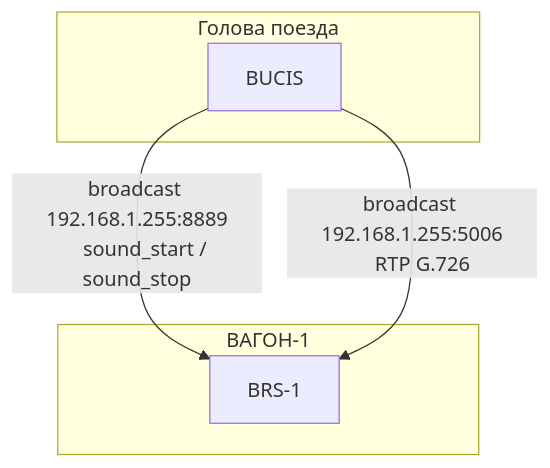
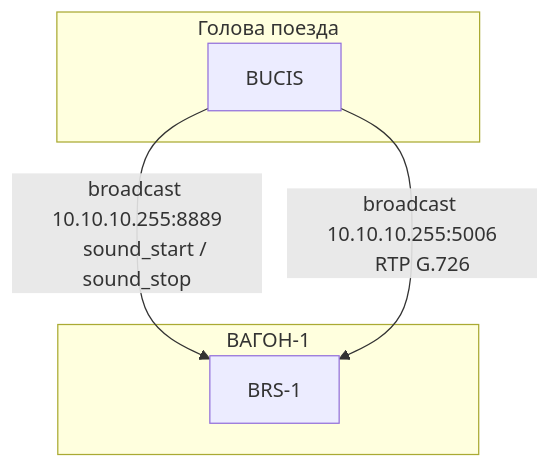
One commit to n-korel/bucis_audio changed the first of 2 diagrams in README.md. Above: the diagram before and after it, drawn with Mermaid. The commit also changed other lines of this file and 16 other files, not shown here.

````diff
--- a/README.md
+++ b/README.md
@@ -30,20 +30,20 @@
 ```mermaid
 graph TB
     subgraph Central["Голова поезда"]
         BUCIS[BUCIS]
     end
 
     subgraph Receivers1["ВАГОН-1"]
         BRS1[BRS-1]
     end
 
 
 
-    BUCIS -->|"broadcast 192.168.1.255:8889
+    BUCIS -->|"broadcast 10.10.10.255:8889
     sound_start / sound_stop"| BRS1
 
 
-    BUCIS -->|"broadcast 192.168.1.255:5006
+    BUCIS -->|"broadcast 10.10.10.255:5006
     RTP G.726"| BRS1
 
 ```
````
